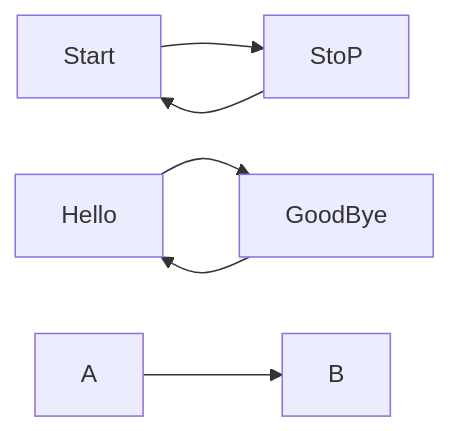
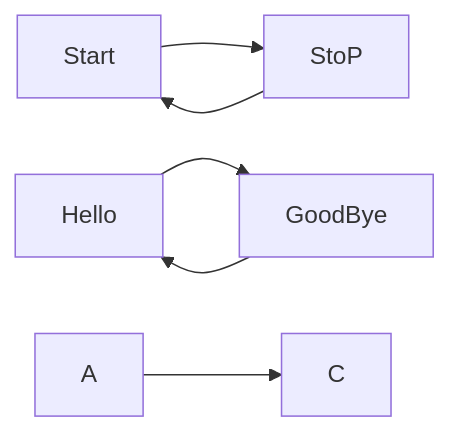
One commit to NU-Teams/TEST-MERMAIDJS-ACTION changed the diagram in README.md. Above: the diagram before and after it, drawn with Mermaid.

````diff
--- a/README.md
+++ b/README.md
@@ -7,9 +7,9 @@
 ```mermaid
 flowchart LR
     Start --> StoP
     StoP --> Start
     Hello --> GoodBye
     GoodBye --> Hello
-    A --> B
+    A --> C
     
 ```
````
